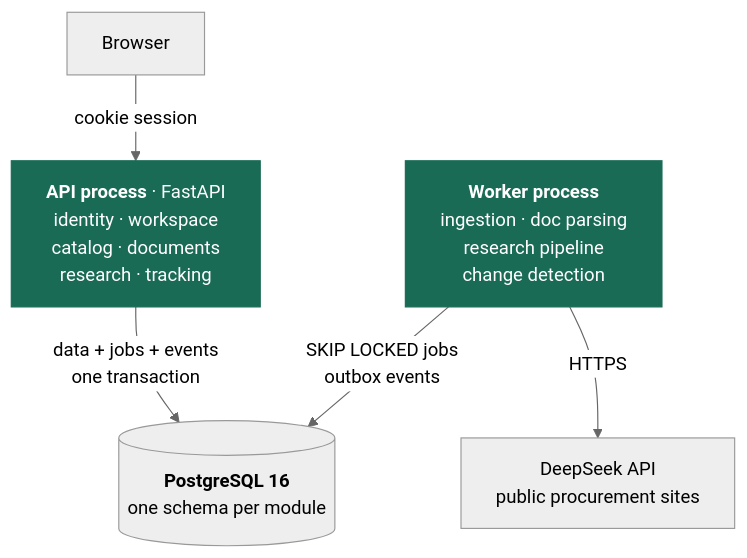
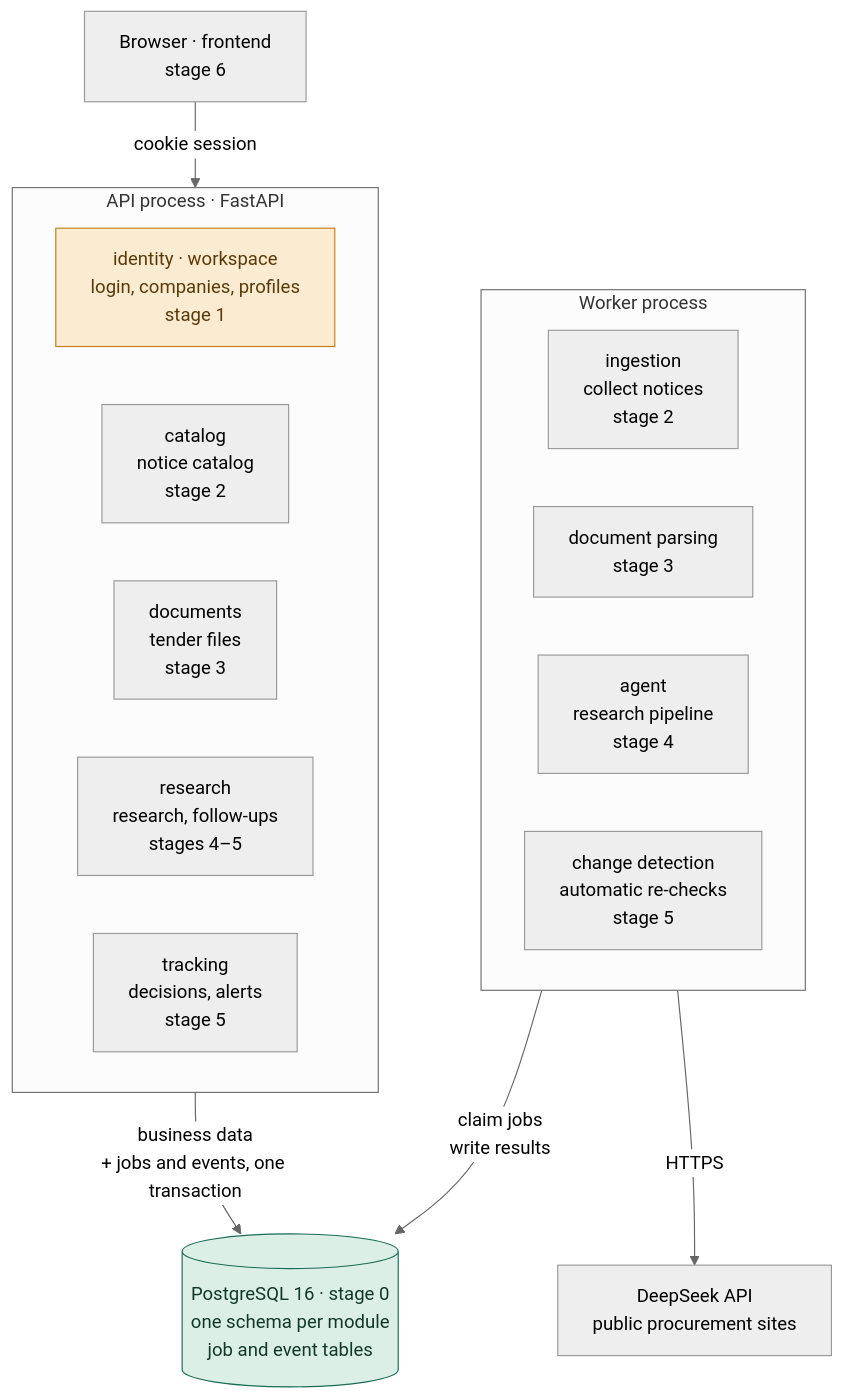
Before and after one commit to chasen2041maker/BidRadar: the diagram in README.en.md, drawn with Mermaid (neutral theme). The commit also changed other lines of this file and 4 other files, not shown here.

Commit message:
docs: add architecture diagram and a step-by-step guide for each stage

````diff
--- a/README.en.md
+++ b/README.en.md
@@ -89,14 +54,27 @@
 ```mermaid
 flowchart TB
-    browser["Browser"]
-    api["<b>API process</b> · FastAPI<br/>identity · workspace<br/>catalog · documents<br/>research · tracking"]
-    db[("<b>PostgreSQL 16</b><br/>one schema per module")]
-    worker["<b>Worker process</b><br/>ingestion · doc parsing<br/>research pipeline<br/>change detection"]
+    web["Browser · frontend<br/>stage 6"]
+    subgraph API["API process · FastAPI"]
+        m1["identity · workspace<br/>login, companies, profiles<br/>stage 1"]
+        m2["catalog<br/>notice catalog<br/>stage 2"]
+        m3["documents<br/>tender files<br/>stage 3"]
+        m4["research<br/>research, follow-ups<br/>stages 4–5"]
+        m5["tracking<br/>decisions, alerts<br/>stage 5"]
+    end
+    subgraph Worker["Worker process"]
+        w1["ingestion<br/>collect notices<br/>stage 2"]
+        w2["document parsing<br/>stage 3"]
+        w3["agent<br/>research pipeline<br/>stage 4"]
+        w4["change detection<br/>automatic re-checks<br/>stage 5"]
+    end
+    db[("PostgreSQL 16 · stage 0<br/>one schema per module<br/>job and event tables")]
     ext["DeepSeek API<br/>public procurement sites"]
-    browser -- "cookie session" --> api
-    api -- "data + jobs + events<br/>one transaction" --> db
-    worker -- "SKIP LOCKED jobs<br/>outbox events" --> db
-    worker -- "HTTPS" --> ext
-    classDef core fill:#1A6B55,stroke:#1A6B55,color:#fff
-    class api,worker core
+    web -- "cookie session" --> API
+    API -- "business data<br/>+ jobs and events, one transaction" --> db
+    Worker -- "claim jobs<br/>write results" --> db
+    Worker -- "HTTPS" --> ext
+    classDef done fill:#DCEFE6,stroke:#1A6B55,color:#12382C
+    classDef next fill:#FBEBD0,stroke:#C77D1A,color:#5A3A0A
+    class db done
+    class m1 next
 ```
````
